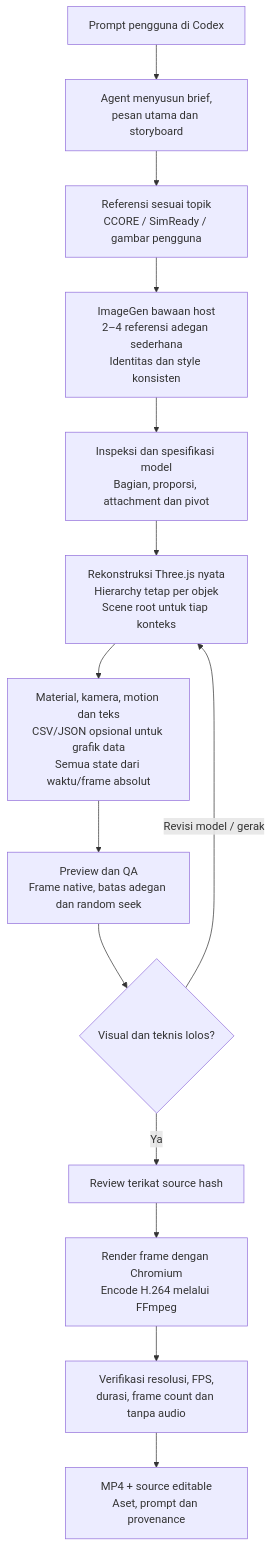
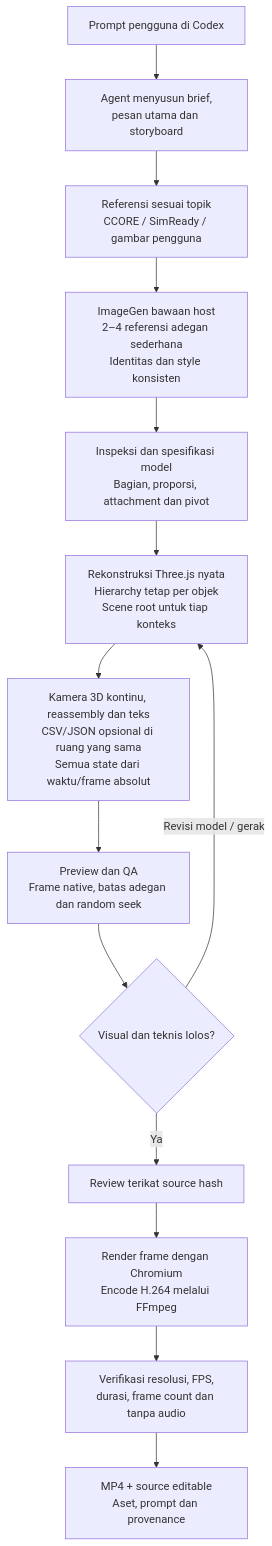
The second of 4 diagrams in README.md (kohryan/unrealmotion-skill), drawn with Mermaid before and after one commit. The commit also changed other lines of this file and 35 other files, not shown here.

````diff
--- a/README.md
+++ b/README.md
@@ -159,16 +160,16 @@
 ```mermaid
 flowchart TD
     P["Prompt pengguna di Codex"] --> Q["Agent menyusun brief,<br/>pesan utama dan storyboard"]
     Q --> R["Referensi sesuai topik<br/>CCORE / SimReady / gambar pengguna"]
     R --> S["ImageGen bawaan host<br/>2–4 referensi adegan sederhana<br/>Identitas dan style konsisten"]
     S --> T["Inspeksi dan spesifikasi model<br/>Bagian, proporsi, attachment dan pivot"]
     T --> U["Rekonstruksi Three.js nyata<br/>Hierarchy tetap per objek<br/>Scene root untuk tiap konteks"]
-    U --> V["Material, kamera, motion dan teks<br/>CSV/JSON opsional untuk grafik data<br/>Semua state dari waktu/frame absolut"]
+    U --> V["Kamera 3D kontinu, reassembly dan teks<br/>CSV/JSON opsional di ruang yang sama<br/>Semua state dari waktu/frame absolut"]
     V --> W["Preview dan QA<br/>Frame native, batas adegan dan random seek"]
     W --> X{"Visual dan teknis lolos?"}
     X -->|Revisi model / gerak| U
     X -->|Ya| Y["Review terikat source hash"]
     Y --> Z["Render frame dengan Chromium<br/>Encode H.264 melalui FFmpeg"]
     Z --> AA["Verifikasi resolusi, FPS,<br/>durasi, frame count dan tanpa audio"]
     AA --> AB["MP4 + source editable<br/>Aset, prompt dan provenance"]
 ```
````
